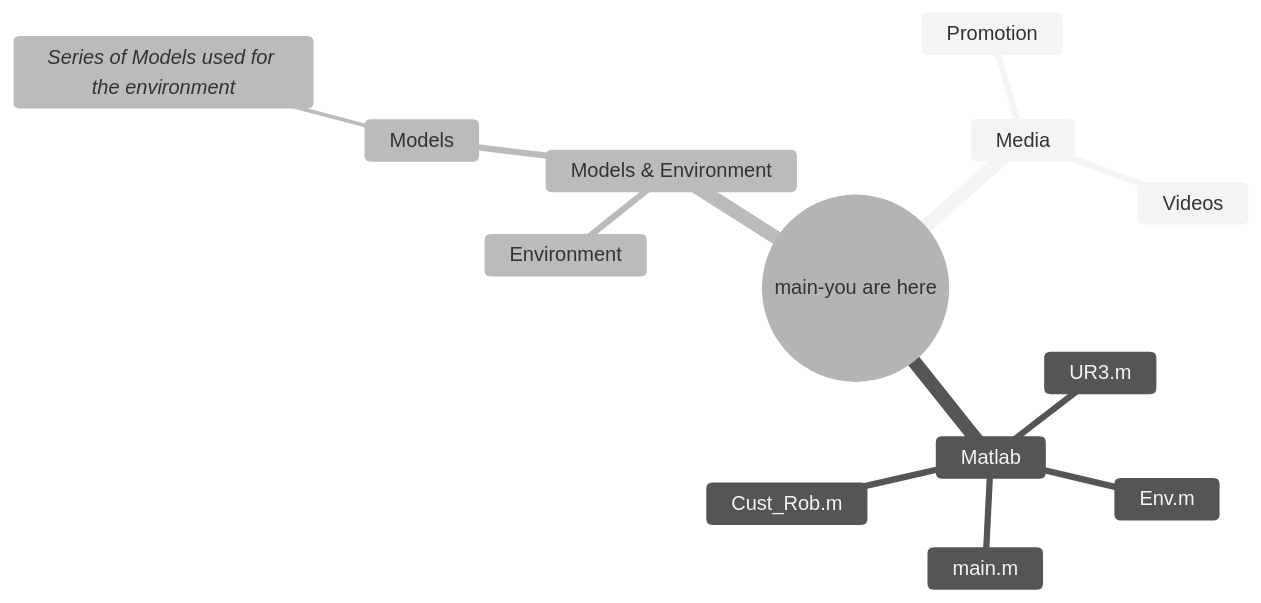
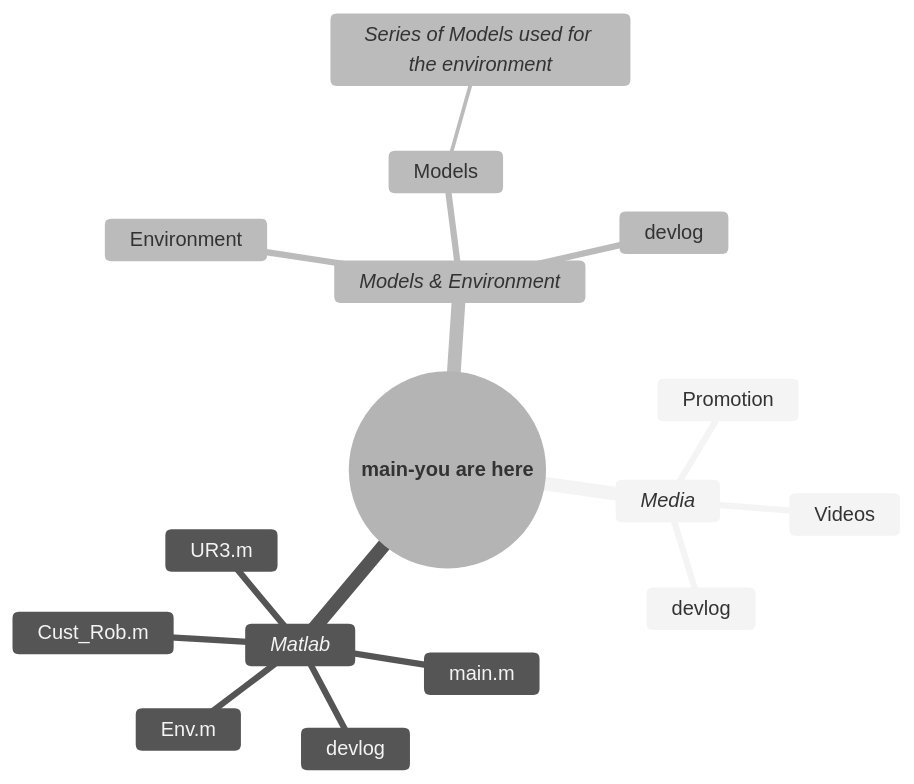
One commit to Codebetterordietrying/INDR_A2 changed the diagram in README.md. Above: the diagram before and after it, drawn with Mermaid (neutral theme).

````diff
--- a/README.md
+++ b/README.md
@@ -28,17 +28,20 @@
 ```mermaid
 mindmap
-  root((main-you are here))
-    Media
+  root((**main-you are here**))
+    *Media*
       Promotion
       Videos
-    Matlab
+      devlog
+    *Matlab*
       main.m
       Env.m
       UR3.m
       Cust_Rob.m
-    Models & Environment
+      devlog
+    *Models & Environment*
       Environment
       Models
         *Series of Models used for the environment*
+      devlog
 
 ```
````
